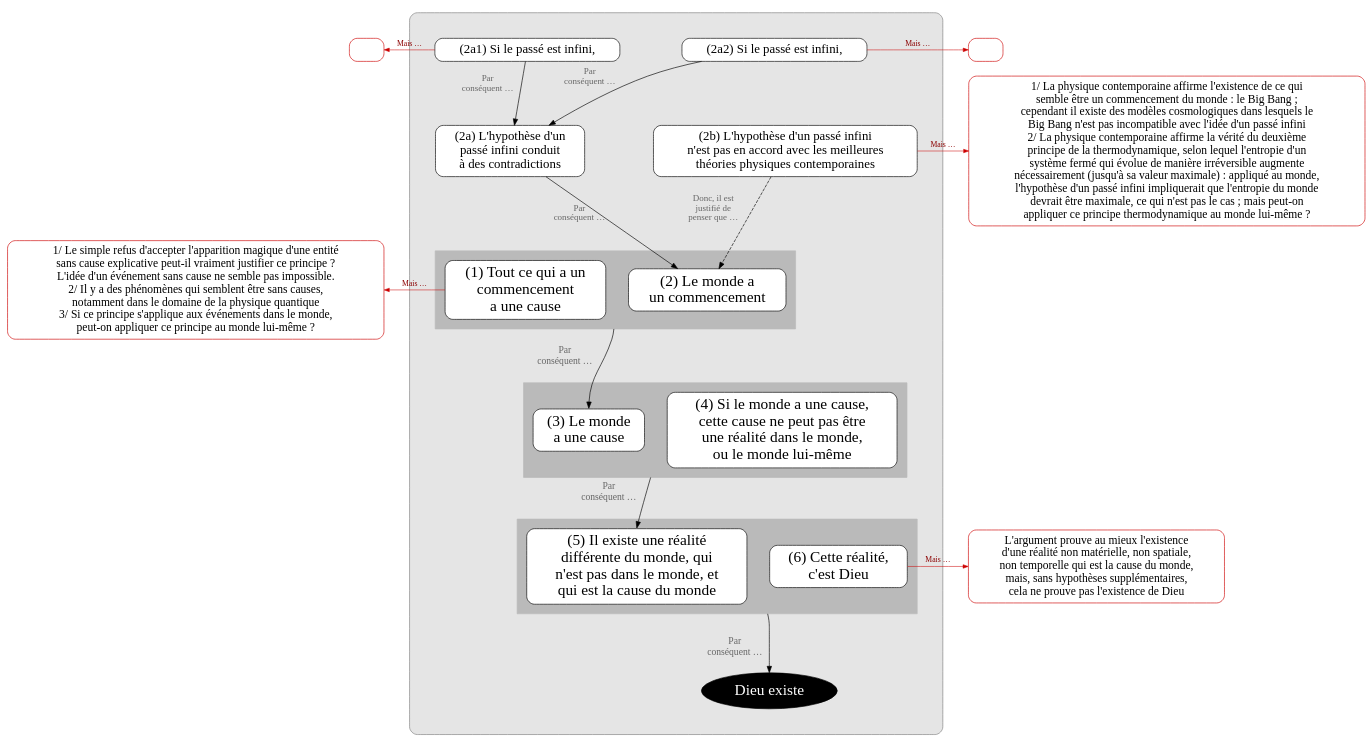
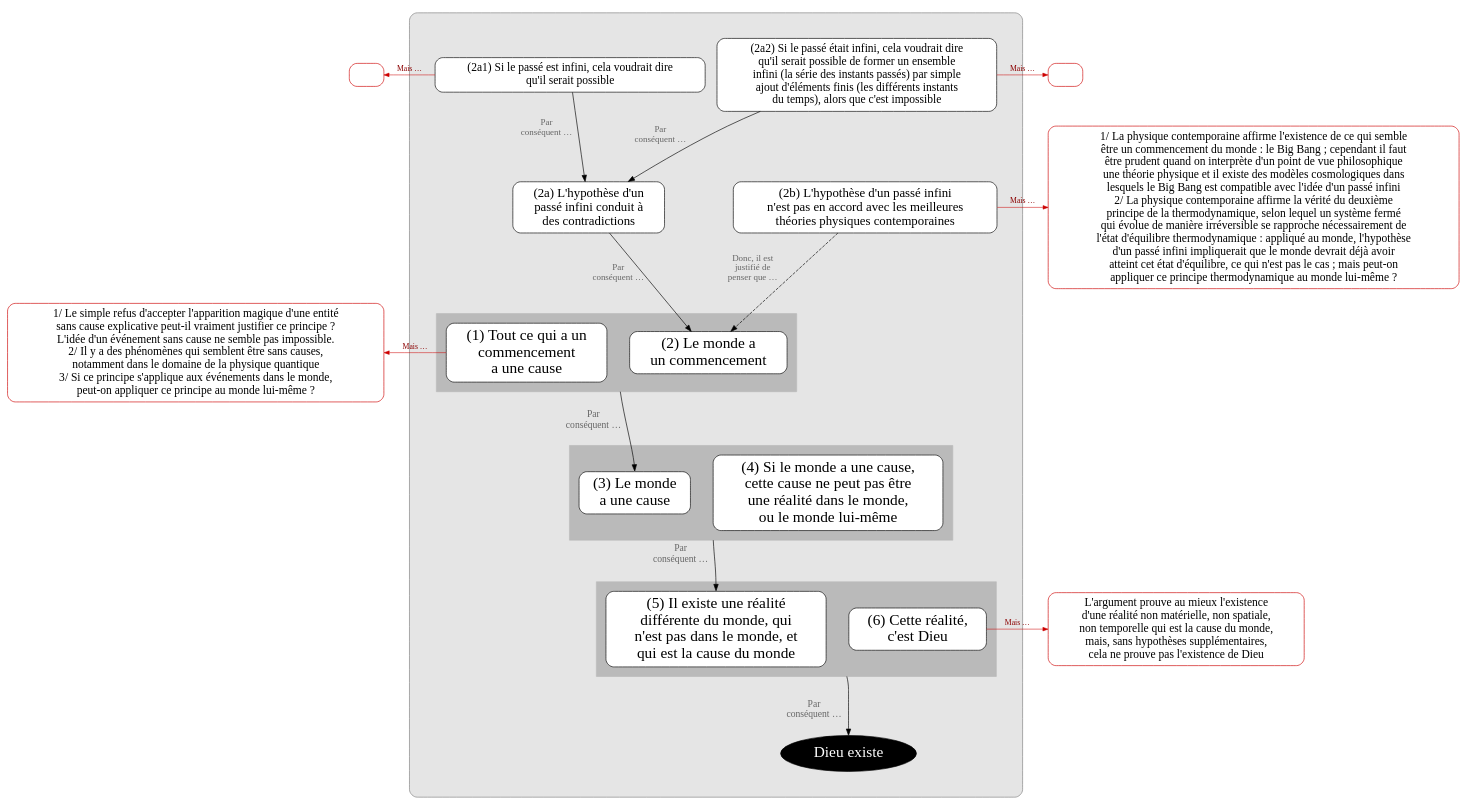
One commit to eyssette/graphviz-examples changed the diagram in argument/argument-cosmologique2.dot. Above: the diagram before and after it, drawn with Graphviz.

```diff
--- a/argument/argument-cosmologique2.dot
+++ b/argument/argument-cosmologique2.dot
@@ -1,147 +1,153 @@
 digraph G {
 splines=true
 newrank=true
 compound=true
 ranksep=0.3
 
 node[color=red3, style="rounded, filled", shape="box", fillcolor=white, penwidth=1, fontcolor=black, fontsize=18, margin=0.1]
 
 o2a1[label=""]
 
 o1[label="1/ Le simple refus d'accepter l'apparition magique d'une entité
 sans cause explicative peut-il vraiment justifier ce principe ?
 L'idée d'un événement sans cause ne semble pas impossible.
 2/ Il y a des phénomènes qui semblent être sans causes,
 notamment dans le domaine de la physique quantique
 3/ Si ce principe s'applique aux événements dans le monde,
 peut-on appliquer ce principe au monde lui-même ?"]
 
 node[shape=box, fillcolor=white, style="filled,rounded", color=black, fontsize=24, penwidth=1,fontcolor=black, margin=0.1]
 edge[minlen=2,color=red3, penwidth=0.8, arrowsize=0.8, label=" Mais …", fontcolor=red4,fontsize=12]
 {rank=same;o1->p1[dir=back]}
 
 
 
 
 subgraph cluster_0 {
 bgcolor=grey90
 style=rounded
 color=grey50
 margin=40
 
 
 
 node[shape=box, fillcolor=white, style="filled,rounded", color=black]
 edge[label="",xlabel="Par
 conséquent …",fontcolor=grey40;fontsize=15,minlen=3,color=black,penwidth=1, arrowsize=1]
 
 
 {
+node[fontsize=18]
+p2a2[label="(2a2) Si le passé était infini, cela voudrait dire
+qu'il serait possible de former un ensemble
+infini (la série des instants passés) par simple
+ajout d'éléments finis (les différents instants
+du temps), alors que c'est impossible"]
+p2a1[label="(2a1) Si le passé est infini, cela voudrait dire
+qu'il serait possible"]
 node[fontsize=20]
-p2a2[label="(2a2) Si le passé est infini, "]
-p2a1[label="(2a1) Si le passé est infini, "]
-
 p2b[label="(2b) L'hypothèse d'un passé infini
 n'est pas en accord avec les meilleures
 théories physiques contemporaines"]
 p2a[label="(2a) L'hypothèse d'un
-passé infini conduit 
-à des contradictions"]
+passé infini conduit à 
+des contradictions"]
 }
 
 p2a2->p2a[minlen=1, fontsize=14]
 p2a1->p2a[minlen=1, fontsize=14]
 p2a->p2[minlen=1, fontsize=14]
 p2b->p2[style="dashed", xlabel="Donc, il est
 justifié de
 penser que …",minlen=1, fontsize=14]
 {rank=same;p2a->p2b[style=invis,minlen=3]}
 
 subgraph cluster_1 {
 style="box"
 margin=15
 bgcolor=grey73
 color=grey73
 p1[label="(1) Tout ce qui a un
 commencement
 a une cause"]
 
 p2[label="(2) Le monde a
 un commencement"]
 }
 
 //p1->p2[style=invis,xlabel="",minlen=1]
 {rank=same;p1->p2[style=invis,xlabel="",minlen=1]}
 
 p2:w->p3:n[ltail=cluster_1]
 //p2:w->p3:n[ltail=cluster_1]
 
 
 subgraph cluster_2 {
 style="box"
 margin=15
 bgcolor=grey73
 color=grey73
 p3[label="(3) Le monde
 a une cause"]
 p4[label="(4) Si le monde a une cause,
 cette cause ne peut pas être
 une réalité dans le monde,
 ou le monde lui-même"]
 }
 {rank=same;p3->p4[style=invis,xlabel="",minlen=1]}
 
 p4:w->p5:n[ltail=cluster_2]
 
 
 subgraph cluster_3 {
 style="box"
 margin=15
 bgcolor=grey73
 color=grey73
 p5[label="(5) Il existe une réalité
 différente du monde, qui
 n'est pas dans le monde, et
 qui est la cause du monde"]
 p6[label="(6) Cette réalité,
 c'est Dieu"]
 }
 
 {rank=same;p5->p6[style=invis,xlabel="",minlen=1]}
 
 p6:w->C:n[ltail=cluster_3,minlen=4]
 
 C[label="Dieu existe",fillcolor=black, fontcolor=white, color=black, shape=ellipse]
 
 
 }
 
 node[color=red3, style="rounded, filled", shape="box", fillcolor=white, penwidth=1, fontcolor=black, fontsize=18, margin=0.1]
 
-o2b[label="1/ La physique contemporaine affirme l'existence de ce qui
-semble être un commencement du monde : le Big Bang ;
-cependant il existe des modèles cosmologiques dans lesquels le
-Big Bang n'est pas incompatible avec l'idée d'un passé infini
+o2b[label="1/ La physique contemporaine affirme l'existence de ce qui semble
+être un commencement du monde : le Big Bang ; cependant il faut
+être prudent quand on interprète d'un point de vue philosophique
+une théorie physique et il existe des modèles cosmologiques dans
+lesquels le Big Bang est compatible avec l'idée d'un passé infini
 2/ La physique contemporaine affirme la vérité du deuxième
-principe de la thermodynamique, selon lequel l'entropie d'un
-système fermé qui évolue de manière irréversible augmente
-nécessairement (jusqu'à sa valeur maximale) : appliqué au monde,
-l'hypothèse d'un passé infini impliquerait que l'entropie du monde
-devrait être maximale, ce qui n'est pas le cas ; mais peut-on
+principe de la thermodynamique, selon lequel un système fermé
+qui évolue de manière irréversible se rapproche nécessairement de
+l'état d'équilibre thermodynamique : appliqué au monde, l'hypothèse
+d'un passé infini impliquerait que le monde devrait déjà avoir
+atteint cet état d'équilibre, ce qui n'est pas le cas ; mais peut-on
 appliquer ce principe thermodynamique au monde lui-même ?"]
 {rank=same;p2b->o2b}
 
 o6[label="L'argument prouve au mieux l'existence
 d'une réalité non matérielle, non spatiale,
 non temporelle qui est la cause du monde,
 mais, sans hypothèses supplémentaires,
 cela ne prouve pas l'existence de Dieu"]
 {rank=same;p6->o6}
 
 o2a2[label=""]
 
 {rank=same;p2a2->o2a2}
 
 {rank=same;o2a1->p2a1[dir=back]}
 
 }
```
